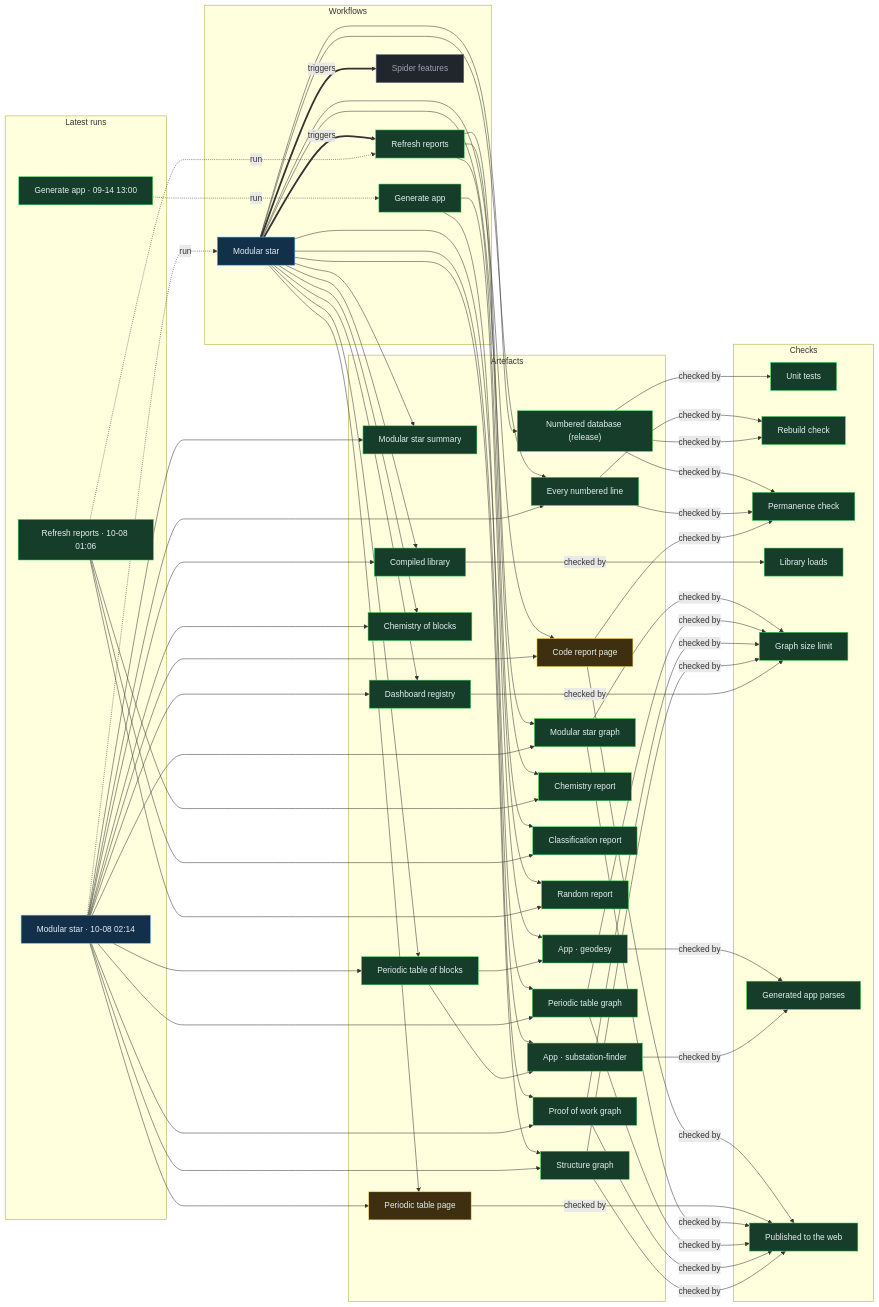
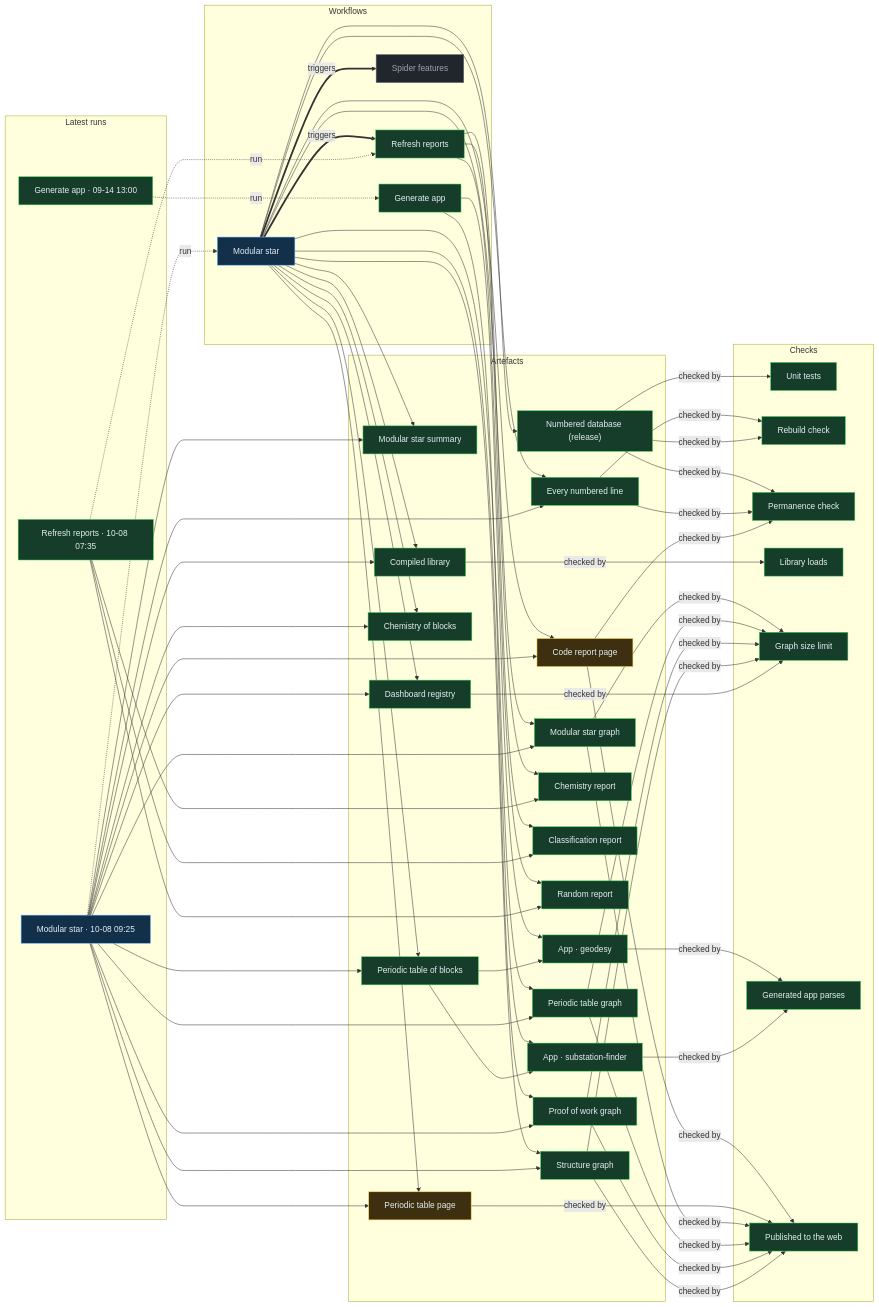
Before and after one commit to Ventusltd/stars: the diagram in proof/PROOF.md, drawn with Mermaid. The commit also changed other lines of this file and 45 other files, not shown here.

Commit message:
Modular star 2026-10-08T09:28Z

```diff
--- a/proof/PROOF.md
+++ b/proof/PROOF.md
@@ -24,8 +24,8 @@
   n_wf_spider_features["Spider features"]:::off
   end
   subgraph g_runs["Latest runs"]
-  n_run_37716899300["Modular star · 10-08 02:14"]:::live
-  n_run_37711213376["Refresh reports · 10-08 01:06"]:::ok
+  n_run_37756571149["Modular star · 10-08 09:25"]:::live
+  n_run_37744332025["Refresh reports · 10-08 07:35"]:::ok
   n_run_34846587798["Generate app · 09-14 13:00"]:::ok
   end
   subgraph g_artefacts["Artefacts"]
@@ -59,39 +59,39 @@
   end
   n_wf_modular_star == triggers ==> n_wf_refresh
   n_wf_modular_star == triggers ==> n_wf_spider_features
-  n_run_37716899300 -. run .-> n_wf_modular_star
-  n_run_37711213376 -. run .-> n_wf_refresh
+  n_run_37756571149 -. run .-> n_wf_modular_star
+  n_run_37744332025 -. run .-> n_wf_refresh
   n_run_34846587798 -. run .-> n_wf_generate
   n_wf_modular_star --> n_art_summary
-  n_run_37716899300 --> n_art_summary
+  n_run_37756571149 --> n_art_summary
   n_wf_modular_star --> n_art_lines
-  n_run_37716899300 --> n_art_lines
+  n_run_37756571149 --> n_art_lines
   n_wf_modular_star --> n_art_code
-  n_run_37716899300 --> n_art_code
+  n_run_37756571149 --> n_art_code
   n_wf_modular_star --> n_art_modular_graph
-  n_run_37716899300 --> n_art_modular_graph
+  n_run_37756571149 --> n_art_modular_graph
   n_wf_modular_star --> n_art_blocks
-  n_run_37716899300 --> n_art_blocks
+  n_run_37756571149 --> n_art_blocks
   n_wf_modular_star --> n_art_table
-  n_run_37716899300 --> n_art_table
+  n_run_37756571149 --> n_art_table
   n_wf_modular_star --> n_art_blocks_graph
-  n_run_37716899300 --> n_art_blocks_graph
+  n_run_37756571149 --> n_art_blocks_graph
   n_wf_modular_star --> n_art_reactions
-  n_run_37716899300 --> n_art_reactions
+  n_run_37756571149 --> n_art_reactions
   n_wf_modular_star --> n_art_library
-  n_run_37716899300 --> n_art_library
+  n_run_37756571149 --> n_art_library
   n_wf_modular_star --> n_art_features
-  n_run_37716899300 --> n_art_features
+  n_run_37756571149 --> n_art_features
   n_wf_modular_star --> n_art_proof
-  n_run_37716899300 --> n_art_proof
+  n_run_37756571149 --> n_art_proof
   n_wf_modular_star --> n_art_structure
-  n_run_37716899300 --> n_art_structure
+  n_run_37756571149 --> n_art_structure
   n_wf_refresh --> n_art_chemistry
-  n_run_37711213376 --> n_art_chemistry
+  n_run_37744332025 --> n_art_chemistry
   n_wf_refresh --> n_art_vedic
-  n_run_37711213376 --> n_art_vedic
+  n_run_37744332025 --> n_art_vedic
   n_wf_refresh --> n_art_random
-  n_run_37711213376 --> n_art_random
+  n_run_37744332025 --> n_art_random
   n_wf_modular_star --> n_art_release
   n_wf_generate --> n_app_geodesy
   n_art_blocks --> n_app_geodesy
```
